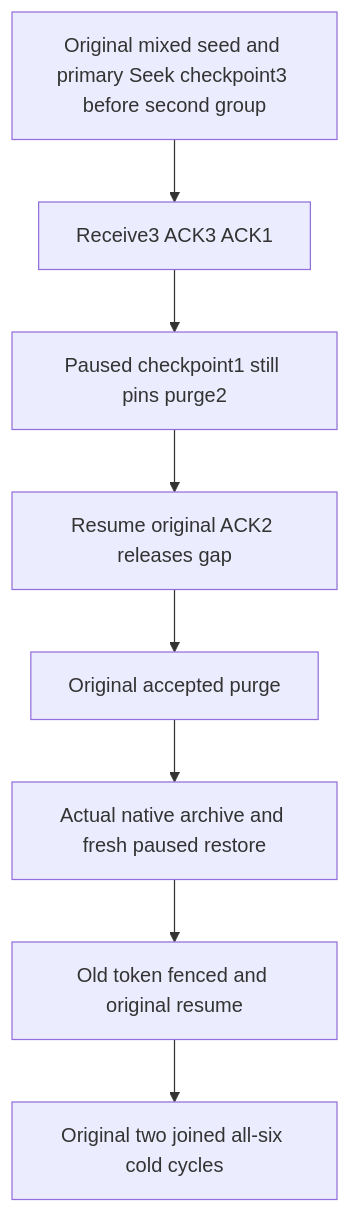
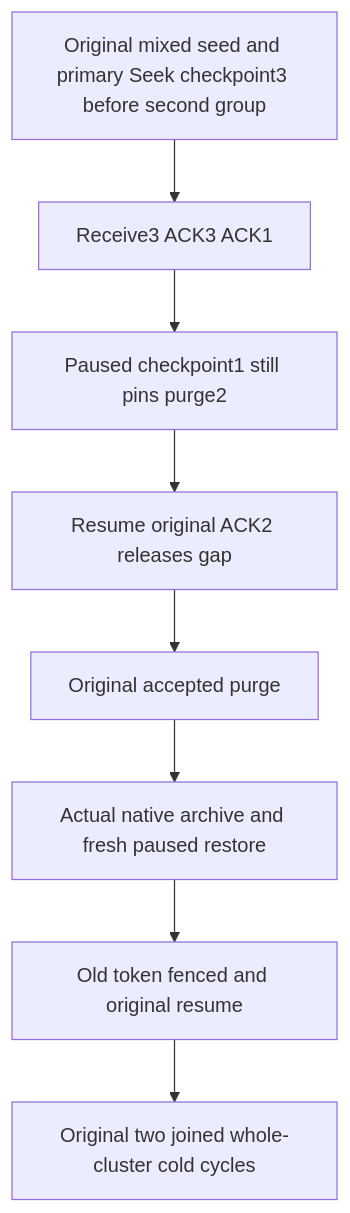
Before and after one commit to managedcode/KeyLoad: the diagram in docs/Features/EventStreams/AcknowledgedRetentionArchivePublic.md, drawn with Mermaid. The commit also changed other lines of this file and 7356 other files, not shown here.

````diff
--- a/docs/Features/EventStreams/AcknowledgedRetentionArchivePublic.md
+++ b/docs/Features/EventStreams/AcknowledgedRetentionArchivePublic.md
@@ -21,10 +21,10 @@
 ```mermaid
 flowchart TD
  A[Original mixed seed and primary Seek checkpoint3 before second group] --> B[Receive3 ACK3 ACK1]
  B --> C[Paused checkpoint1 still pins purge2]
  C --> D[Resume original ACK2 releases gap]
  D --> E[Original accepted purge]
  E --> F[Actual native archive and fresh paused restore]
  F --> G[Old token fenced and original resume]
- G --> H[Original two joined all-six cold cycles]
+ G --> H[Original two joined whole-cluster cold cycles]
 ```
````
